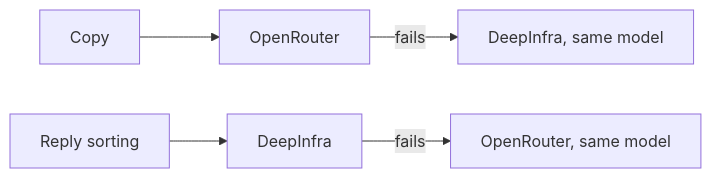
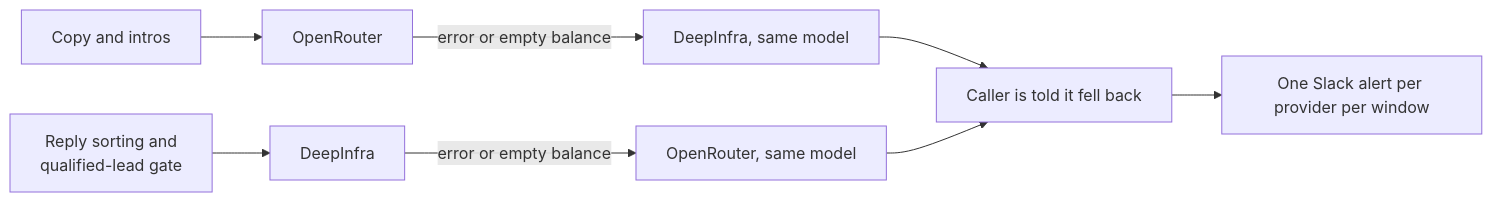
The fifth of 6 diagrams in docs/case-studies/portal-walkthrough.md (Trav54219/gtm-engineering-portfolio), drawn with Mermaid before and after one commit. The commit also changed other lines of this file, not shown here.

Commit message:
Walkthrough page: keep logos and diagrams, trimmed, tied to revenue (#3)

````diff
--- a/docs/case-studies/portal-walkthrough.md
+++ b/docs/case-studies/portal-walkthrough.md
@@ -79,7 +149,10 @@
 ```mermaid
 flowchart LR
-  N[Copy] --> OR[OpenRouter]
-  OR -->|fails| DI2[DeepInfra, same model]
-  C[Reply sorting] --> DI[DeepInfra]
-  DI -->|fails| OR2[OpenRouter, same model]
+  N[Copy and intros] --> OR[OpenRouter]
+  OR -->|error or empty balance| DI2[DeepInfra, same model]
+  C[Reply sorting and<br/>qualified-lead gate] --> DI[DeepInfra]
+  DI -->|error or empty balance| OR2[OpenRouter, same model]
+  DI2 --> F[Caller is told it fell back]
+  OR2 --> F
+  F --> A[One Slack alert per provider per window]
 ```
````
